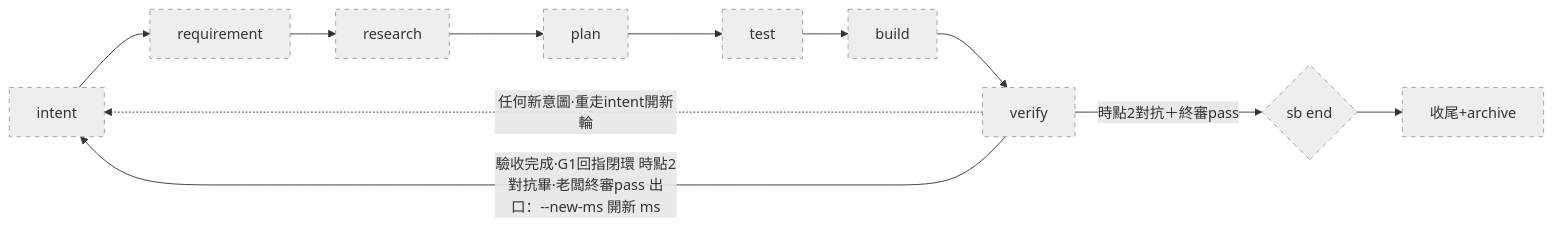
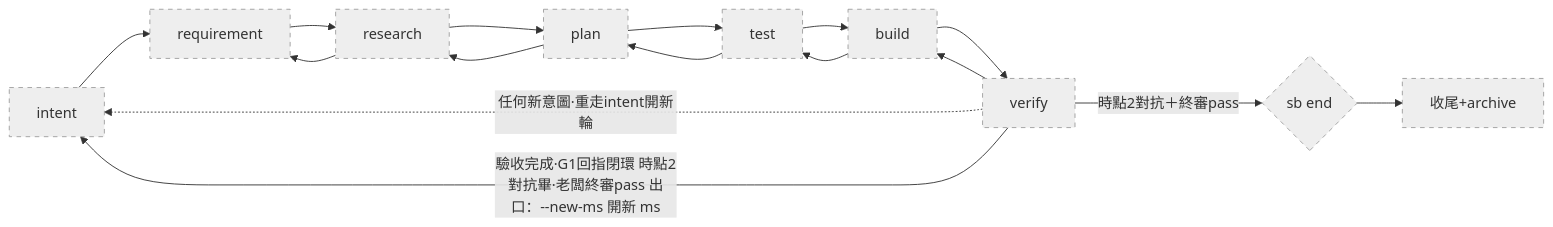
One commit to teps3105/shiftblame changed the first of 3 diagrams in skills/shiftblame/assets/SLUG.md. Above: the diagram before and after it, drawn with Mermaid. The commit also changed other lines of this file and 28 other files, not shown here.

````diff
--- a/skills/shiftblame/assets/SLUG.md
+++ b/skills/shiftblame/assets/SLUG.md
@@ -70,11 +70,12 @@
 ```mermaid
 flowchart LR
     A[intent]:::todo --> B[requirement]:::todo --> C[research]:::todo --> D[plan]:::todo
     D --> E[test]:::todo --> F[build]:::todo --> G[verify]:::todo
+    G --> F --> E --> D --> C --> B
     G -.->|任何新意圖·重走intent開新輪| A
     G -->|驗收完成·G1回指閉環 時點2對抗畢·老闆終審pass 出口：--new-ms 開新 ms| A
     G -->|時點2對抗＋終審pass| H{sb end}:::todo --> I[收尾+archive]:::todo
     classDef done fill:#c8e6c9,stroke:#388e3c
     classDef active fill:#ffe082,stroke:#f57f17,stroke-width:3px
     classDef todo fill:#eeeeee,stroke:#9e9e9e,stroke-dasharray: 5 5
 ```
````
